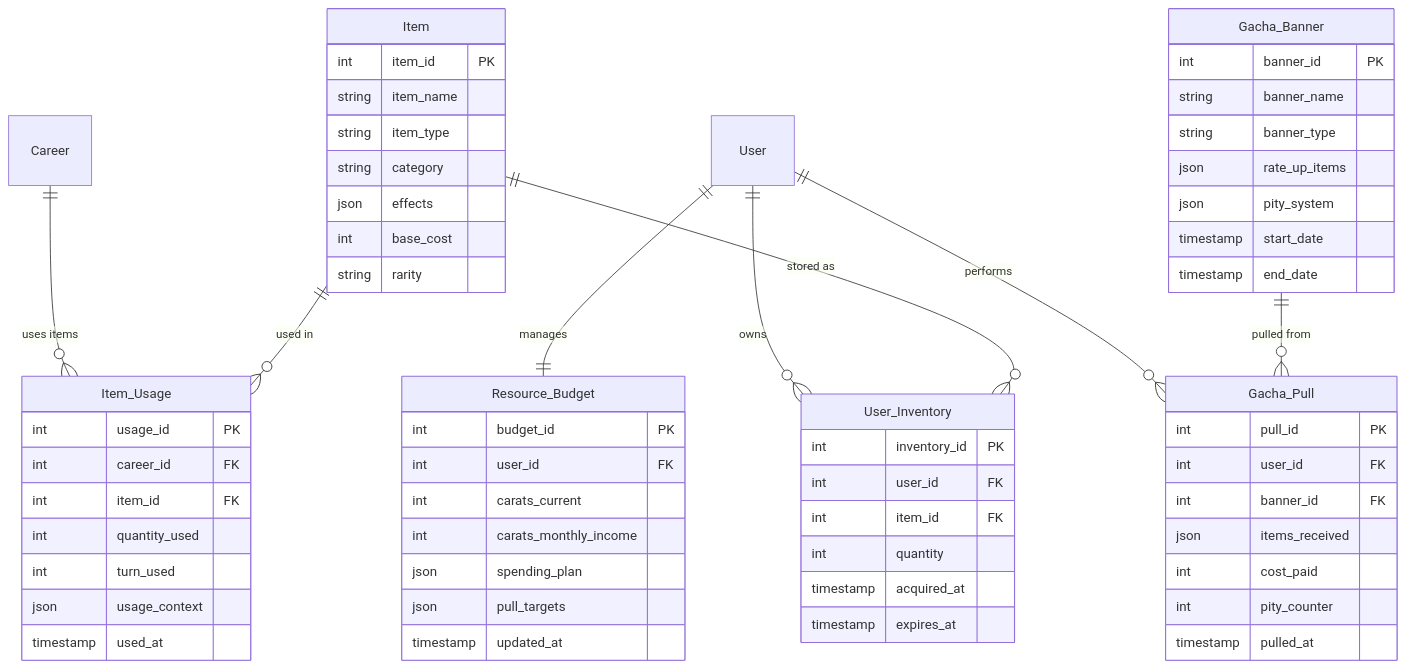
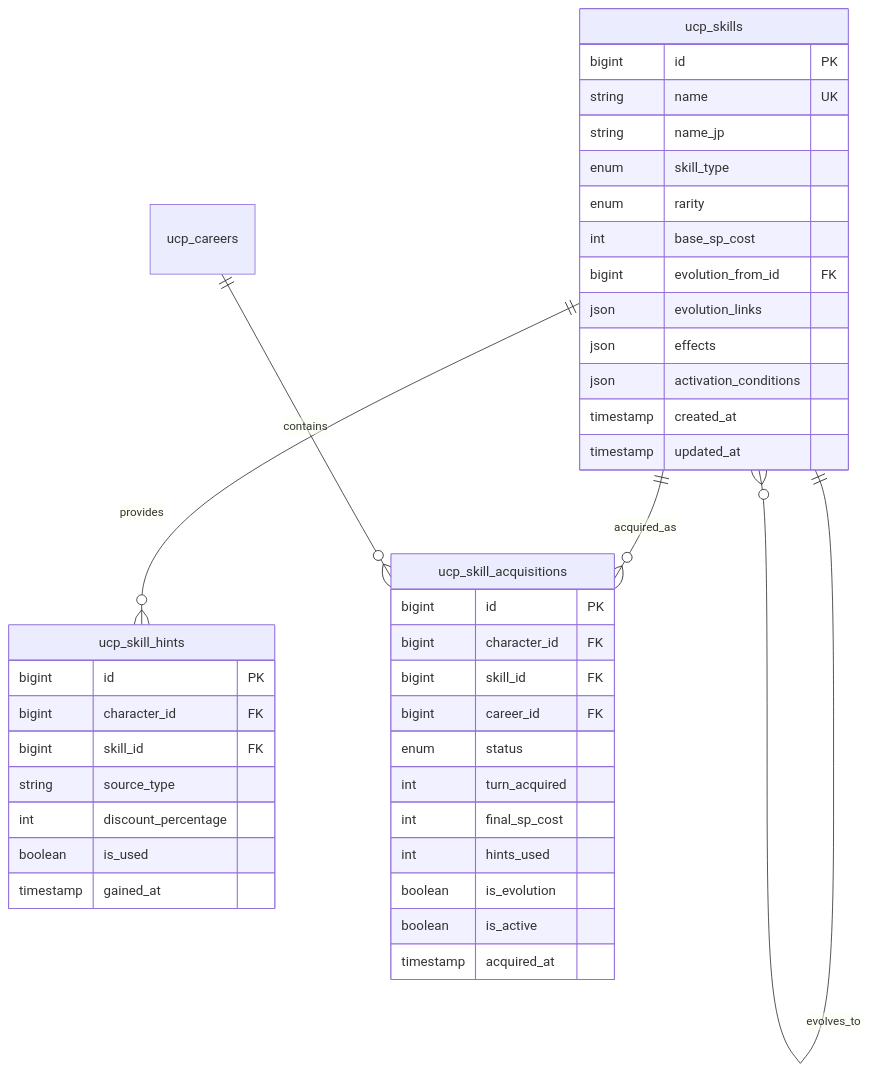
The seventh of 13 diagrams in docs/01-diagrams/entity-relationship-diagram.md (exatfrds67/umamusume-career-planner), drawn with Mermaid before and after one commit. The commit also changed other lines of this file and 67 other files, not shown here.

````diff
--- a/docs/01-diagrams/entity-relationship-diagram.md
+++ b/docs/01-diagrams/entity-relationship-diagram.md
@@ -409,69 +465,46 @@
 ```mermaid
 erDiagram
-    Item {
-        int item_id PK
-        string item_name
-        string item_type
-        string category
+    ucp_skills ||--o{ ucp_skill_hints : provides
+    ucp_skills ||--o{ ucp_skill_acquisitions : acquired_as
+    ucp_skills ||--o{ ucp_skills : evolves_to
+    ucp_careers ||--o{ ucp_skill_acquisitions : contains
+    
+    ucp_skills {
+        bigint id PK
+        string name UK
+        string name_jp
+        enum skill_type
+        enum rarity
+        int base_sp_cost
+        bigint evolution_from_id FK
+        json evolution_links
         json effects
-        int base_cost
-        string rarity
-    }
-
-    User_Inventory {
-        int inventory_id PK
-        int user_id FK
-        int item_id FK
-        int quantity
-        timestamp acquired_at
-        timestamp expires_at
-    }
-
-    Item_Usage {
-        int usage_id PK
-        int career_id FK
-        int item_id FK
-        int quantity_used
-        int turn_used
-        json usage_context
-        timestamp used_at
-    }
-
-    Gacha_Banner {
-        int banner_id PK
-        string banner_name
-        string banner_type
-        json rate_up_items
-        json pity_system
-        timestamp start_date
-        timestamp end_date
-    }
-
-    Gacha_Pull {
-        int pull_id PK
-        int user_id FK
-        int banner_id FK
-        json items_received
-        int cost_paid
-        int pity_counter
-        timestamp pulled_at
-    }
-
-    Resource_Budget {
-        int budget_id PK
-        int user_id FK
-        int carats_current
-        int carats_monthly_income
-        json spending_plan
-        json pull_targets
+        json activation_conditions
+        timestamp created_at
         timestamp updated_at
     }
-
-    User ||--o{ User_Inventory : "owns"
-    Item ||--o{ User_Inventory : "stored as"
-    Career ||--o{ Item_Usage : "uses items"
-    Item ||--o{ Item_Usage : "used in"
-    User ||--o{ Gacha_Pull : "performs"
-    Gacha_Banner ||--o{ Gacha_Pull : "pulled from"
-    User ||--|| Resource_Budget : "manages"
+    
+    ucp_skill_hints {
+        bigint id PK
+        bigint character_id FK
+        bigint skill_id FK
+        string source_type
+        int discount_percentage
+        boolean is_used
+        timestamp gained_at
+    }
+    
+    ucp_skill_acquisitions {
+        bigint id PK
+        bigint character_id FK
+        bigint skill_id FK
+        bigint career_id FK
+        enum status
+        int turn_acquired
+        int final_sp_cost
+        int hints_used
+        boolean is_evolution
+        boolean is_active
+        timestamp acquired_at
+    }
 ```
````
